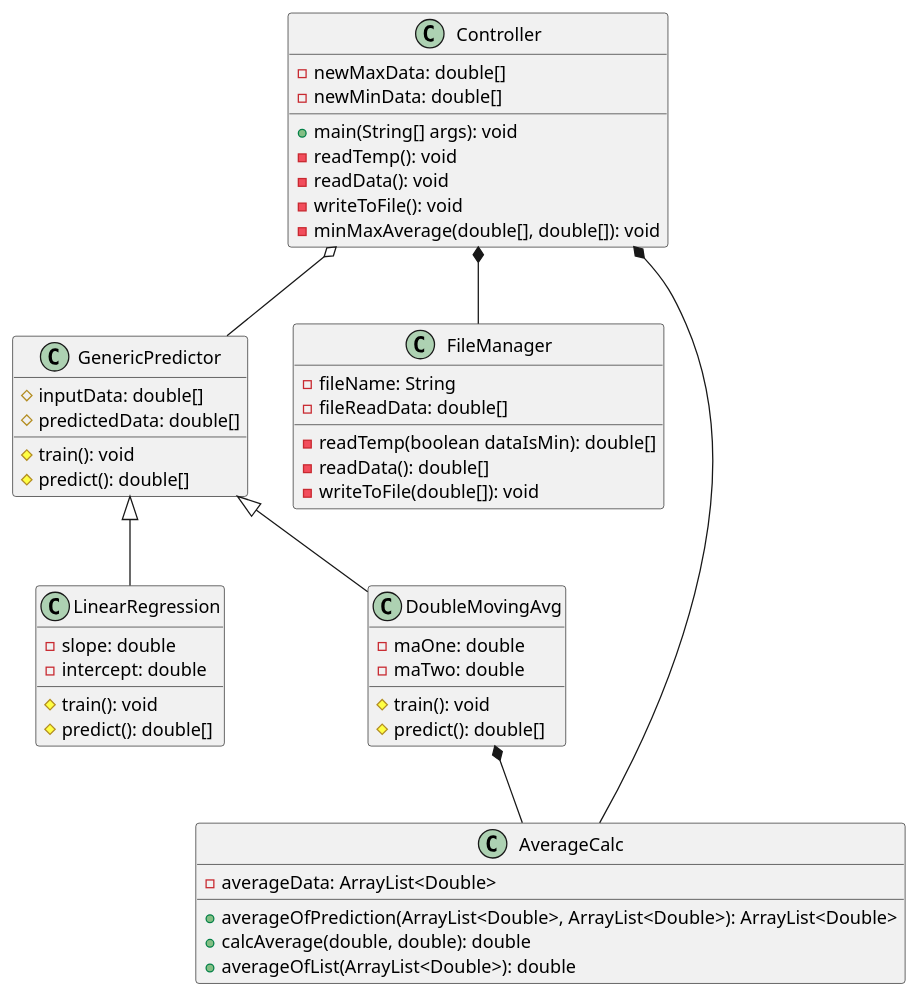
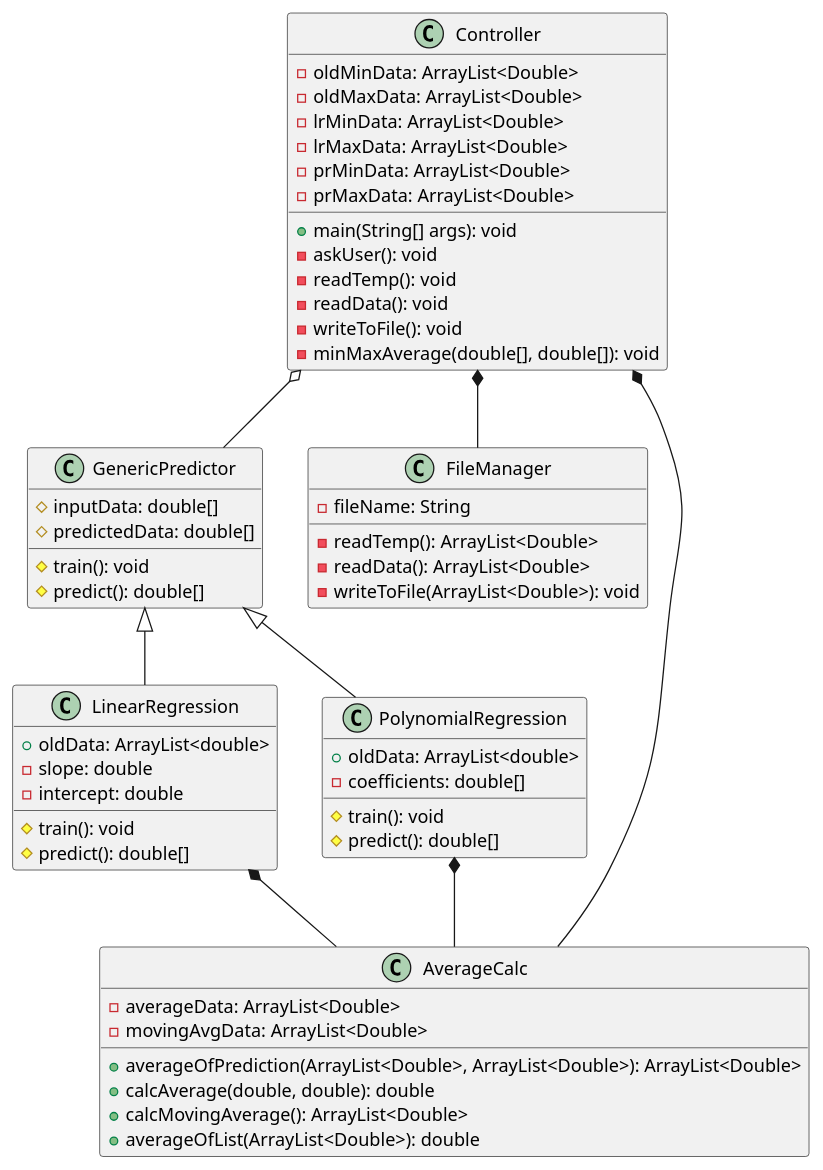
The diagram in Prediction.puml (skhinda7/WeatherPrediction), drawn with PlantUML before and after one commit. The commit also changed 26 other files, not shown here.

```diff
--- a/Prediction.puml
+++ b/Prediction.puml
@@ -1,52 +1,60 @@
 @startuml "Prediction Model"
 
 class Controller {
-    -newMaxData: double[]
-    -newMinData: double[]
+    -oldMinData: ArrayList<Double>
+    -oldMaxData: ArrayList<Double>
+    -lrMinData: ArrayList<Double>
+    -lrMaxData: ArrayList<Double>
+    -prMinData: ArrayList<Double>
+    -prMaxData: ArrayList<Double>
     +main(String[] args): void
+    -askUser(): void
     -readTemp(): void
     -readData(): void
     -writeToFile(): void
     -minMaxAverage(double[], double[]): void
 }
 
 class GenericPredictor {
     #inputData: double[]
     #predictedData: double[]
     #train(): void
     #predict(): double[]
 }
 class LinearRegression extends GenericPredictor {
+    +oldData: ArrayList<double>
     -slope: double
     -intercept: double
     #train(): void 
     #predict(): double[]
 }
 
-class DoubleMovingAvg extends GenericPredictor {
-    -maOne: double
-    -maTwo: double
+class PolynomialRegression extends GenericPredictor {
+    +oldData: ArrayList<double>
+    -coefficients: double[]
     #train(): void 
     #predict(): double[]
 }
 class FileManager {
     -fileName: String
-    -fileReadData: double[]
-    -readTemp(boolean dataIsMin): double[]
-    -readData(): double[]
-    -writeToFile(double[]): void
+    -readTemp(): ArrayList<Double>
+    -readData(): ArrayList<Double>
+    -writeToFile(ArrayList<Double>): void
 }
 
 class AverageCalc  {
     -averageData: ArrayList<Double>
+    -movingAvgData: ArrayList<Double>
     +averageOfPrediction(ArrayList<Double>, ArrayList<Double>): ArrayList<Double>
     +calcAverage(double, double): double
+    +calcMovingAverage(): ArrayList<Double>
     +averageOfList(ArrayList<Double>): double
 }
 
 Controller *-- FileManager
 Controller o-- GenericPredictor
 Controller *-- AverageCalc
-DoubleMovingAvg *-- AverageCalc
+PolynomialRegression *-- AverageCalc
+LinearRegression *-- AverageCalc
 
 @enduml
```
